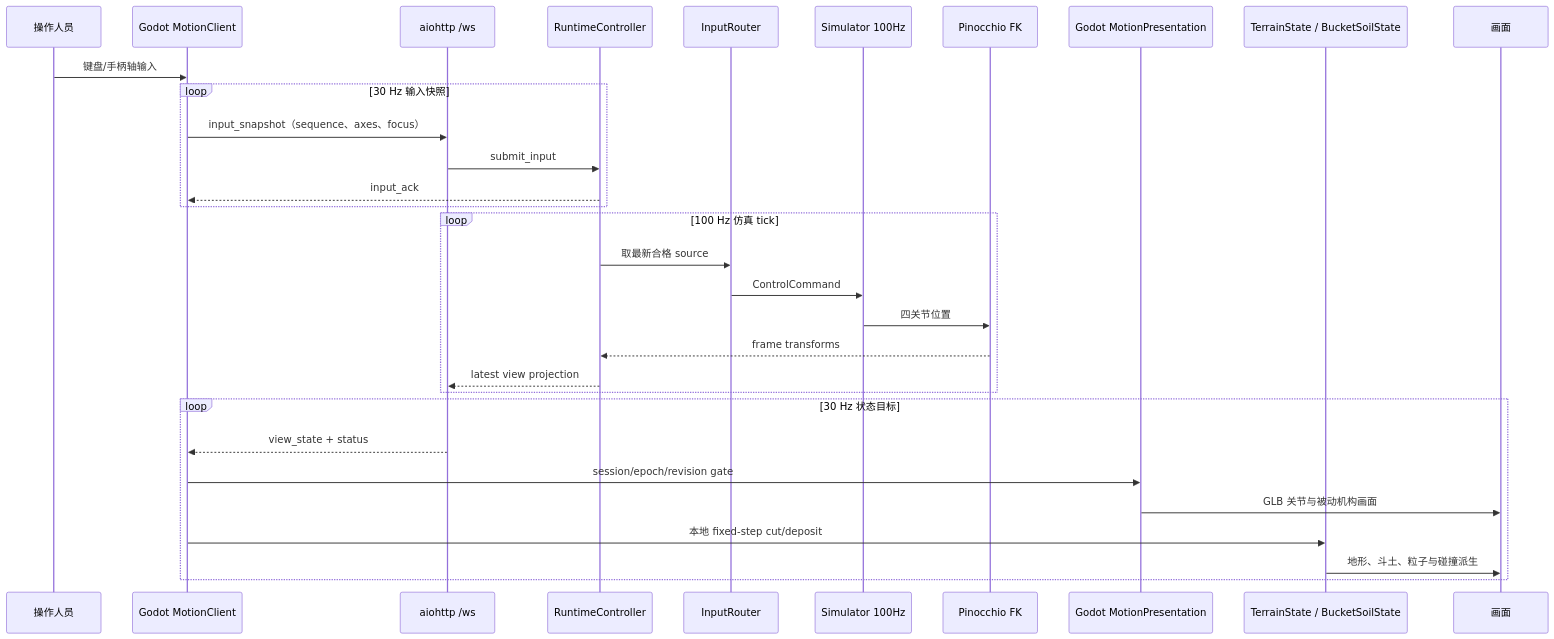
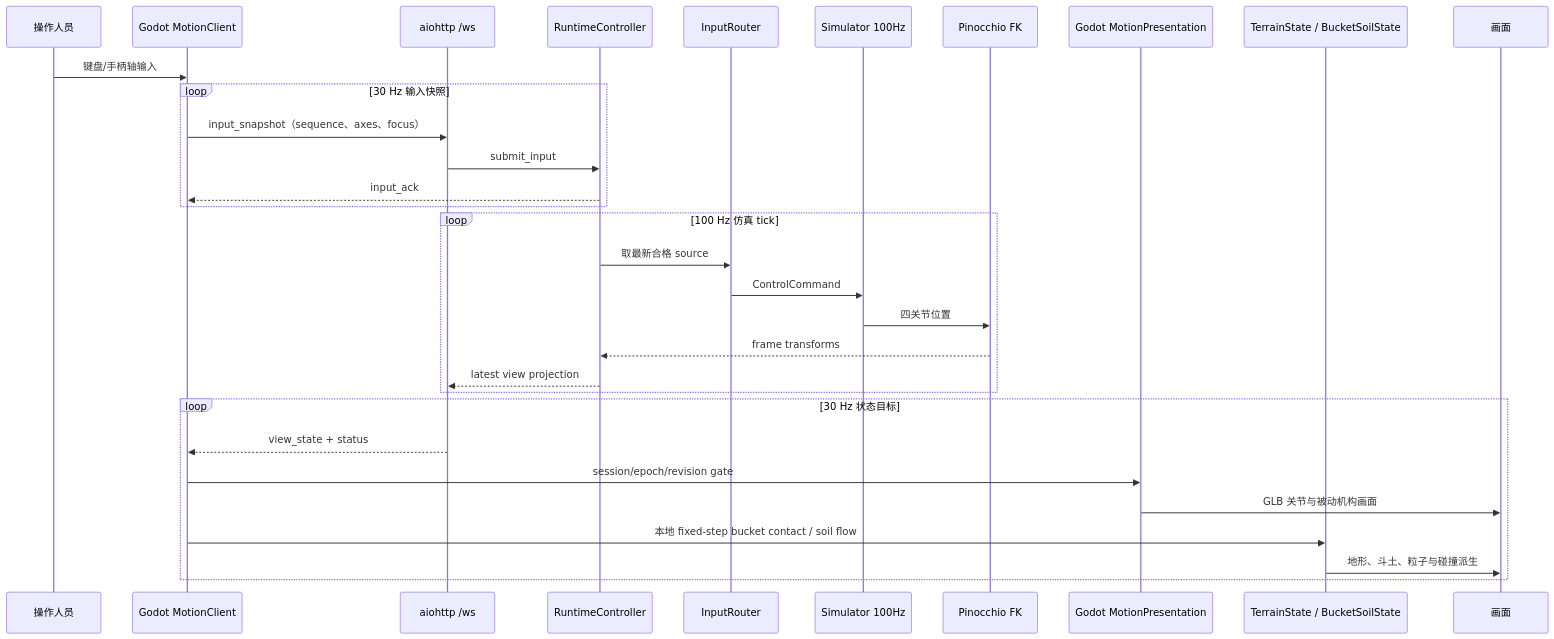
The fifth of 8 diagrams in docs/architecture/engineering.md (Rosatus/ExcavatorSim), drawn with Mermaid before and after one commit. The commit also changed other lines of this file and 54 other files, not shown here.

Commit message:
feat: add automatic bucket soil interaction

````diff
--- a/docs/architecture/engineering.md
+++ b/docs/architecture/engineering.md
@@ -194,34 +194,34 @@
 ```mermaid
 sequenceDiagram
     participant O as 操作人员
     participant G as Godot MotionClient
     participant W as aiohttp /ws
     participant R as RuntimeController
     participant I as InputRouter
     participant S as Simulator 100Hz
     participant P as Pinocchio FK
     participant V as Godot MotionPresentation
     participant T as TerrainState / BucketSoilState
     participant D as 画面
 
     O->>G: 键盘/手柄轴输入
     loop 30 Hz 输入快照
         G->>W: input_snapshot（sequence、axes、focus）
         W->>R: submit_input
         R-->>G: input_ack
     end
     loop 100 Hz 仿真 tick
         R->>I: 取最新合格 source
         I->>S: ControlCommand
         S->>P: 四关节位置
         P-->>R: frame transforms
         R-->>W: latest view projection
     end
     loop 30 Hz 状态目标
         W-->>G: view_state + status
         G->>V: session/epoch/revision gate
         V->>D: GLB 关节与被动机构画面
-        G->>T: 本地 fixed-step cut/deposit
+        G->>T: 本地 fixed-step bucket contact / soil flow
         T->>D: 地形、斗土、粒子与碰撞派生
     end
 ```
````
